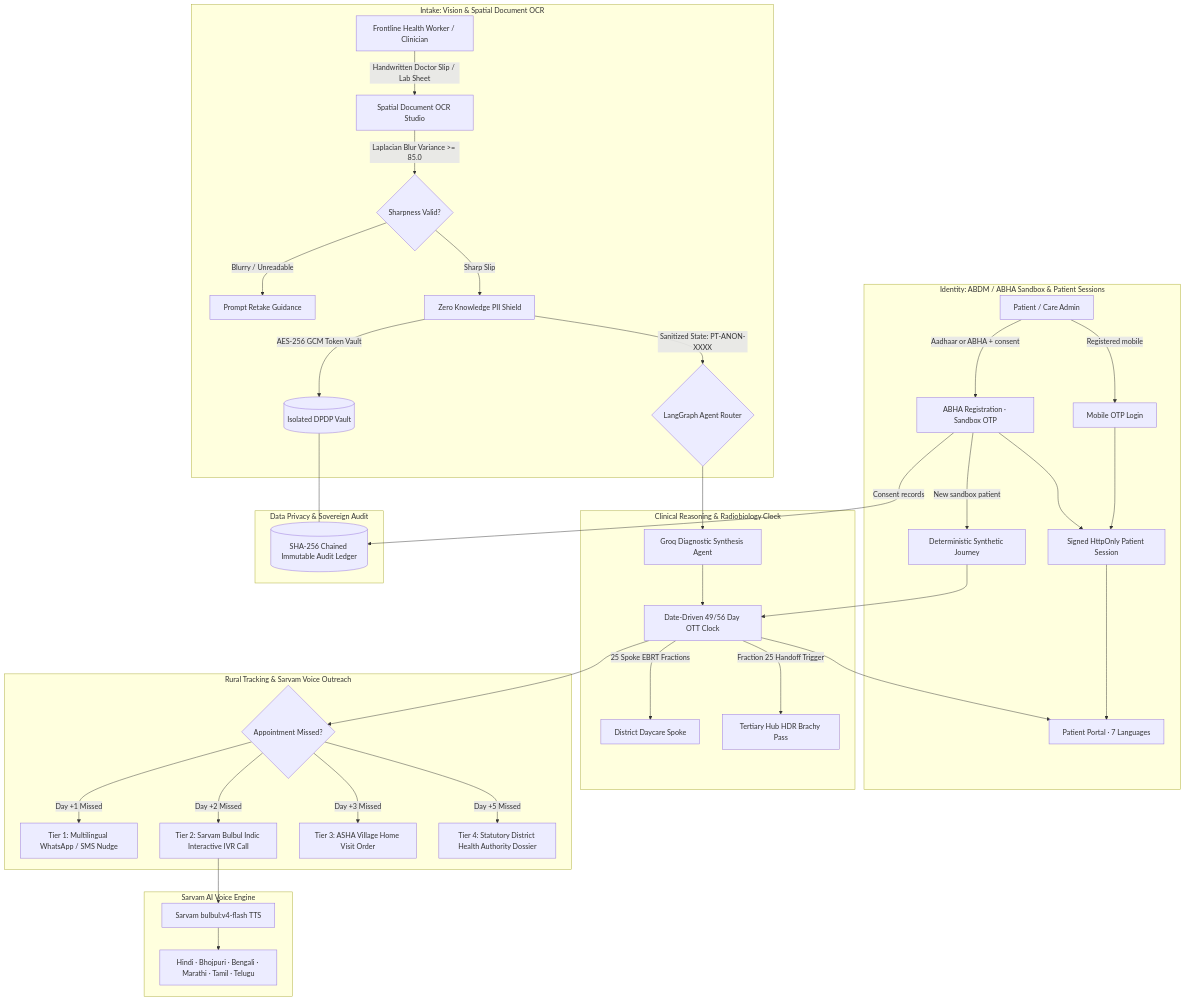
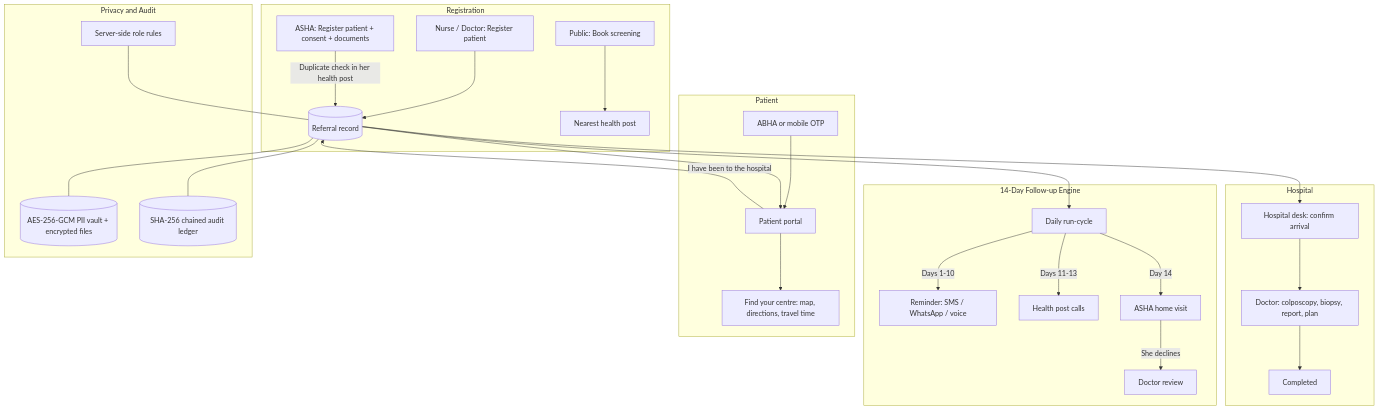
The diagram in README.md (ihatecoding01/CerviSetu), drawn with Mermaid before and after one commit. The commit also changed other lines of this file and 14 other files, not shown here.

Commit message:
docs: rewrite the README for the referral pathway, every portal and new screenshots

````diff
--- a/README.md
+++ b/README.md
@@ -107,47 +165,35 @@
 ```mermaid
 flowchart TD
-    subgraph Identity ["Identity: ABDM / ABHA Sandbox & Patient Sessions"]
-        P[Patient / Care Admin] -->|Aadhaar or ABHA + consent| ABHA[ABHA Registration · Sandbox OTP]
-        P -->|Registered mobile| MOTP[Mobile OTP Login]
-        ABHA --> Session[Signed HttpOnly Patient Session]
-        MOTP --> Session
-        Session --> Portal[Patient Portal · 7 Languages]
-        ABHA -->|New sandbox patient| Synthetic[Deterministic Synthetic Journey]
+    subgraph Entry ["Registration"]
+        N[Nurse / Doctor: Register patient] --> R[(Referral record)]
+        A[ASHA: Register patient + consent + documents] -->|Duplicate check in her health post| R
+        P0[Public: Book screening] --> HP[Nearest health post]
     end
 
-    subgraph Intake ["Intake: Vision & Spatial Document OCR"]
-        A[Frontline Health Worker / Clinician] -->|Handwritten Doctor Slip / Lab Sheet| OCR[Spatial Document OCR Studio]
-        OCR -->|Laplacian Blur Variance >= 85.0| SharpnessGate{Sharpness Valid?}
-        SharpnessGate -->|Blurry / Unreadable| RetakeGuidance[Prompt Retake Guidance]
-        SharpnessGate -->|Sharp Slip| PIIShield[Zero Knowledge PII Shield]
-        PIIShield -->|AES-256 GCM Token Vault| Vault[(Isolated DPDP Vault)]
-        PIIShield -->|Sanitized State: PT-ANON-XXXX| Router{LangGraph Agent Router}
+    subgraph FollowUp ["14-Day Follow-up Engine"]
+        R --> Cycle[Daily run-cycle]
+        Cycle -->|Days 1-10| SMS[Reminder: SMS / WhatsApp / voice]
+        Cycle -->|Days 11-13| Call[Health post calls]
+        Cycle -->|Day 14| Visit[ASHA home visit]
+        Visit -->|She declines| Review[Doctor review]
     end
 
-    subgraph Reasoning ["Clinical Reasoning & Radiobiology Clock"]
-        Router --> DiagAgent[Groq Diagnostic Synthesis Agent]
-        DiagAgent --> ClockAgent[Date-Driven 49/56 Day OTT Clock]
-        ClockAgent -->|25 Spoke EBRT Fractions| SpokeTracker[District Daycare Spoke]
-        ClockAgent -->|Fraction 25 Handoff Trigger| HubPass[Tertiary Hub HDR Brachy Pass]
-        Synthetic --> ClockAgent
-        ClockAgent --> Portal
+    subgraph Hospital ["Hospital"]
+        R --> Desk[Hospital desk: confirm arrival]
+        Desk --> Clinical[Doctor: colposcopy, biopsy, report, plan]
+        Clinical --> Done[Completed]
     end
 
-    subgraph Escalation ["Rural Tracking & Sarvam Voice Outreach"]
-        ClockAgent --> MissedCheck{Appointment Missed?}
-        MissedCheck -->|Day +1 Missed| T1[Tier 1: Multilingual WhatsApp / SMS Nudge]
-        MissedCheck -->|Day +2 Missed| T2[Tier 2: Sarvam Bulbul Indic Interactive IVR Call]
-        MissedCheck -->|Day +3 Missed| T3[Tier 3: ASHA Village Home Visit Order]
-        MissedCheck -->|Day +5 Missed| T4[Tier 4: Statutory District Health Authority Dossier]
+    subgraph Patient ["Patient"]
+        Login[ABHA or mobile OTP] --> Portal[Patient portal]
+        R --> Portal
+        Portal -->|I have been to the hospital| R
+        Portal --> Map[Find your centre: map, directions, travel time]
     end
 
-    subgraph IndicVoice ["Sarvam AI Voice Engine"]
-        T2 --> Bulbul[Sarvam bulbul:v4-flash TTS]
-        Bulbul --> Dialects[Hindi · Bhojpuri · Bengali · Marathi · Tamil · Telugu]
-    end
-
-    subgraph Compliance ["Data Privacy & Sovereign Audit"]
-        Vault --- Ledger[(SHA-256 Chained Immutable Audit Ledger)]
-        ABHA -->|Consent records| Ledger
+    subgraph Trust ["Privacy and Audit"]
+        R --- Vault[(AES-256-GCM PII vault + encrypted files)]
+        R --- Ledger[(SHA-256 chained audit ledger)]
+        Roles[Server-side role rules] --- R
     end
 ```
````
